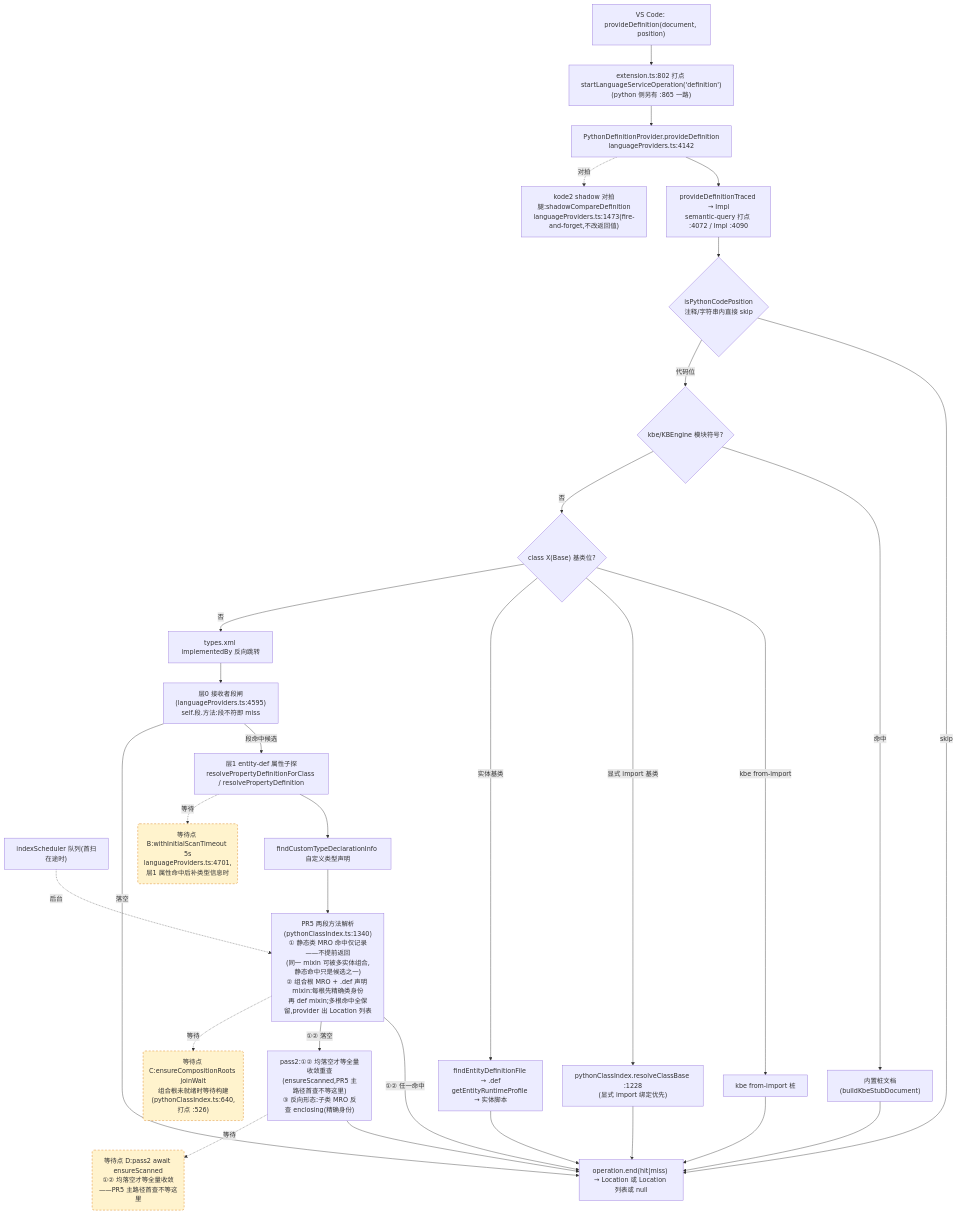
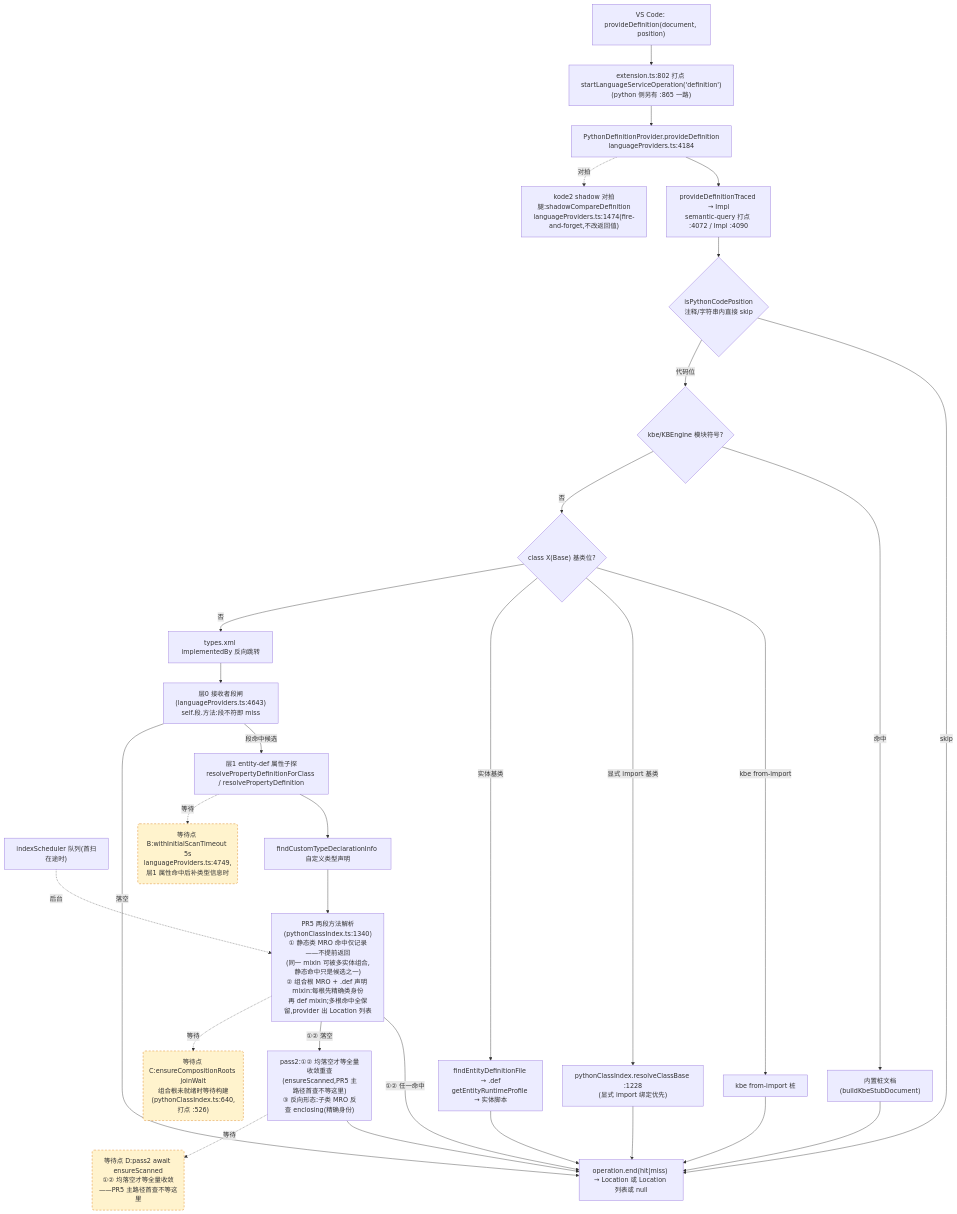
The second of 4 diagrams in docs/perf/2026-baseline.md (cuihairu/kode), drawn with Mermaid before and after one commit. The commit also changed other lines of this file and 3 other files, not shown here.

````diff
--- a/docs/perf/2026-baseline.md
+++ b/docs/perf/2026-baseline.md
@@ -130,51 +130,51 @@
 ```mermaid
 flowchart TD
   VC2["VS Code: provideDefinition(document, position)"]
   M2["extension.ts:802 打点 startLanguageServiceOperation('definition')<br/>(python 侧另有 :865 一路)"]
-  AD2["PythonDefinitionProvider.provideDefinition<br/>languageProviders.ts:4142"]
+  AD2["PythonDefinitionProvider.provideDefinition<br/>languageProviders.ts:4184"]
   TR["provideDefinitionTraced → Impl<br/>semantic-query 打点 :4072 / Impl :4090"]
   CTX{"isPythonCodePosition<br/>注释/字符串内直接 skip"}
   KBE{"kbe/KBEngine 模块符号?"}
   STUB["内置桩文档(buildKbeStubDocument)"]
   CB{"class X(Base) 基类位?"}
   CB1["kbe from-import 桩"]
   CB2["pythonClassIndex.resolveClassBase :1228<br/>(显式 import 绑定优先)"]
   CB3["findEntityDefinitionFile → .def<br/>getEntityRuntimeProfile → 实体脚本"]
   REV["types.xml implementedBy 反向跳转"]
-  L0["层0 接收者段闸(languageProviders.ts:4595)<br/>self.段.方法:段不符即 miss"]
+  L0["层0 接收者段闸(languageProviders.ts:4643)<br/>self.段.方法:段不符即 miss"]
   L1["层1 entity-def 属性子探<br/>resolvePropertyDefinitionForClass / resolvePropertyDefinition"]
   SCAN["indexScheduler 队列(首扫在途时)"]
   TY["findCustomTypeDeclarationInfo 自定义类型声明"]
   MRO["PR5 两段方法解析(pythonClassIndex.ts:1340)<br/>① 静态类 MRO 命中仅记录——不提前返回<br/>(同一 mixin 可被多实体组合,静态命中只是候选之一)<br/>② 组合根 MRO + .def 声明 mixin:每根先精确类身份<br/>再 def mixin;多根命中全保留,provider 出 Location 列表"]
   PASS2["pass2:①② 均落空才等全量收敛重查<br/>(ensureScanned,PR5 主路径首查不等这里)<br/>③ 反向形态:子类 MRO 反查 enclosing(精确身份)"]
-  SHD["kode2 shadow 对拍腿:shadowCompareDefinition<br/>languageProviders.ts:1473(fire-and-forget,不改返回值)"]
+  SHD["kode2 shadow 对拍腿:shadowCompareDefinition<br/>languageProviders.ts:1474(fire-and-forget,不改返回值)"]
   END2["operation.end(hit|miss) → Location 或 Location 列表或 null"]
 
   VC2 --> M2 --> AD2 --> TR --> CTX
   CTX -- "skip" --> END2
   CTX -- "代码位" --> KBE
   KBE -- "命中" --> STUB --> END2
   KBE -- "否" --> CB
   CB -- "kbe from-import" --> CB1 --> END2
   CB -- "显式 import 基类" --> CB2 --> END2
   CB -- "实体基类" --> CB3 --> END2
   CB -- "否" --> REV --> L0
   L0 -- "段命中候选" --> L1
   L0 -- "落空" --> END2
   L1 --> TY
   TY --> MRO
   MRO -- "①② 任一命中" --> END2
   MRO -- "①② 落空" --> PASS2 --> END2
   AD2 -.->|对拍| SHD
 
-  WAITB("等待点 B:withInitialScanTimeout 5s<br/>languageProviders.ts:4701,层1 属性命中后补类型信息时")
+  WAITB("等待点 B:withInitialScanTimeout 5s<br/>languageProviders.ts:4749,层1 属性命中后补类型信息时")
   WAITC("等待点 C:ensureCompositionRoots joinWait<br/>组合根未就绪时等待构建(pythonClassIndex.ts:640,打点 :526)")
   WAITD("等待点 D:pass2 await ensureScanned<br/>①② 均落空才等全量收敛——PR5 主路径首查不等这里")
   L1 -.->|等待| WAITB
   MRO -.->|等待| WAITC
   PASS2 -.->|等待| WAITD
   SCAN -.->|后台| MRO
 
   classDef waitPoint fill:#fff3cd,stroke:#d97706,stroke-dasharray:5 4;
   class WAITB,WAITC,WAITD waitPoint;
 ```
````
